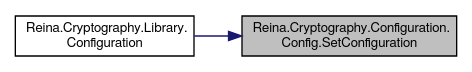
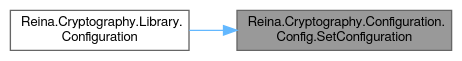
The diagram in class_reina_1_1_cryptography_1_1_configuration_1_1_config_ab76b6ca668938c724ebfaac368002ef4_icgraph.dot (fkitsantas/Reina.Cryptography), drawn with Graphviz before and after one commit. The commit also changed 225 other files, not shown here.

```diff
--- a/class_reina_1_1_cryptography_1_1_configuration_1_1_config_ab76b6ca668938c724ebfaac368002ef4_icgraph.dot
+++ b/class_reina_1_1_cryptography_1_1_configuration_1_1_config_ab76b6ca668938c724ebfaac368002ef4_icgraph.dot
@@ -1,10 +1,11 @@
 digraph "Reina.Cryptography.Configuration.Config.SetConfiguration"
 {
  // LATEX_PDF_SIZE
-  edge [fontname="FreeSans",fontsize="10",labelfontname="FreeSans",labelfontsize="10"];
-  node [fontname="FreeSans",fontsize="10",shape=record];
+  bgcolor="transparent";
+  edge [fontname=FreeSans,fontsize=10,labelfontname=FreeSans,labelfontsize=10];
+  node [fontname=FreeSans,fontsize=10,shape=box,height=0.2,width=0.4];
   rankdir="RL";
-  Node1 [label="Reina.Cryptography.Configuration.\lConfig.SetConfiguration",height=0.2,width=0.4,color="black", fillcolor="grey75", style="filled", fontcolor="black",tooltip="Allows external configuration values to be set for the Azure Key Vault properties...."];
-  Node1 -> Node2 [dir="back",color="midnightblue",fontsize="10",style="solid",fontname="FreeSans"];
-  Node2 [label="Reina.Cryptography.Library.\lConfiguration",height=0.2,width=0.4,color="black", fillcolor="white", style="filled",URL="$class_reina_1_1_cryptography_1_1_library.html#a3ff3d083efbbebdd3a98d5f08e75cdd6",tooltip="Configures the library with custom Azure Key Vault settings. If this method is not called,..."];
+  Node1 [id="Node000001",label="Reina.Cryptography.Configuration.\lConfig.SetConfiguration",height=0.2,width=0.4,color="gray40", fillcolor="grey60", style="filled", fontcolor="black",tooltip="Allows external configuration values to be set for the Azure Key Vault properties...."];
+  Node1 -> Node2 [id="edge1_Node000001_Node000002",dir="back",color="steelblue1",style="solid",tooltip=" "];
+  Node2 [id="Node000002",label="Reina.Cryptography.Library.\lConfiguration",height=0.2,width=0.4,color="grey40", fillcolor="white", style="filled",URL="$class_reina_1_1_cryptography_1_1_library.html#a3ff3d083efbbebdd3a98d5f08e75cdd6",tooltip="Configures the library with custom Azure Key Vault settings. If this method is not called,..."];
 }
```
